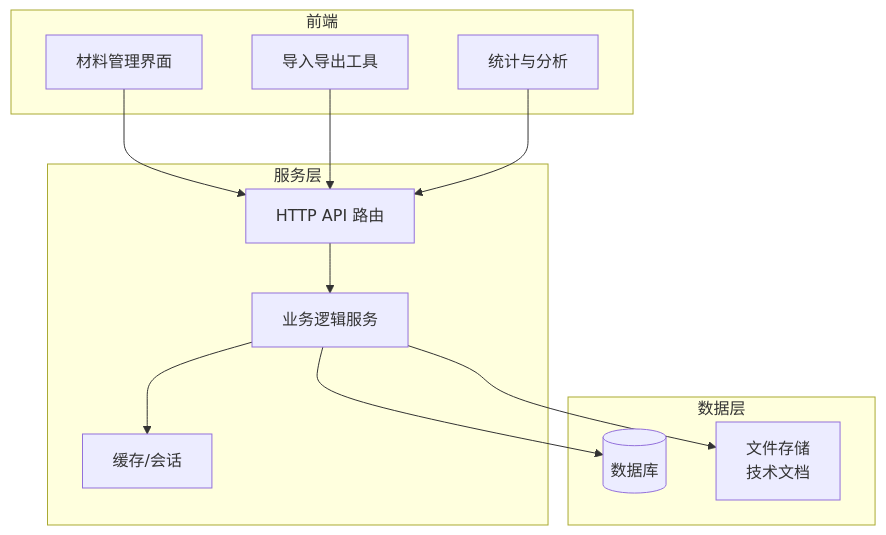
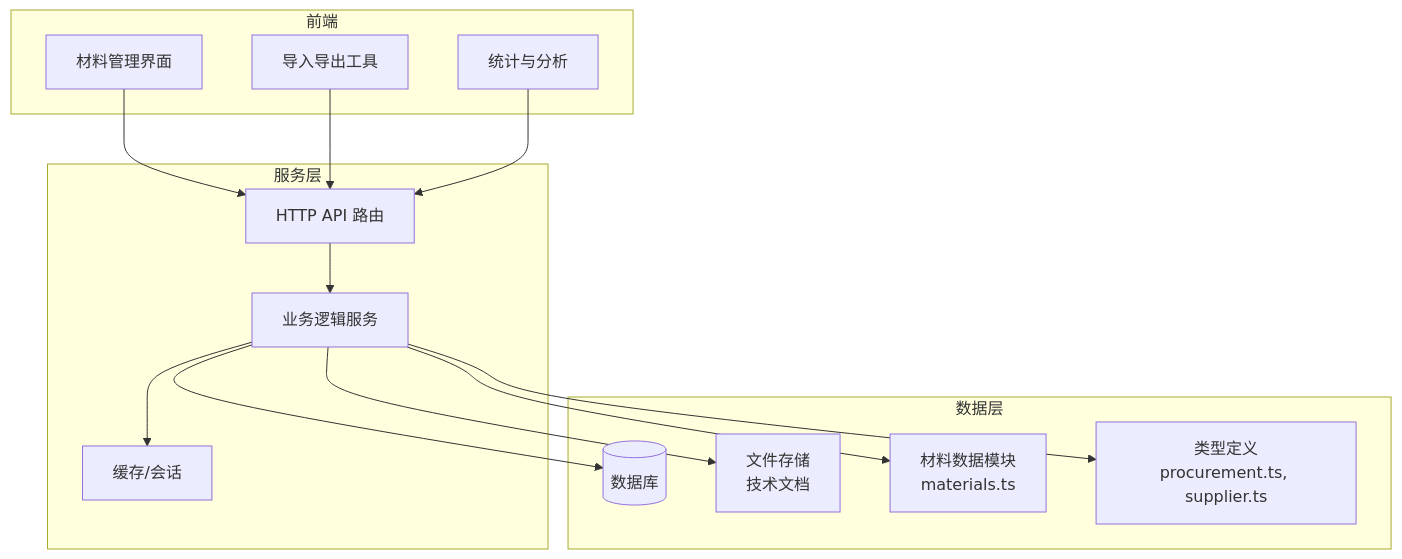
One commit to Hu-Right/supply-os changed the second of 12 diagrams in .qoder/repowiki/zh/content/数据管理/材料数据管理.md. Above: the diagram before and after it, drawn with Mermaid. The commit also changed other lines of this file and 33 other files, not shown here.

````diff
--- a/.qoder/repowiki/zh/content/数据管理/材料数据管理.md
+++ b/.qoder/repowiki/zh/content/数据管理/材料数据管理.md
@@ -117,24 +138,28 @@
 ```mermaid
 graph TB
 subgraph "前端"
 UI["材料管理界面"]
 Import["导入导出工具"]
 Report["统计与分析"]
 end
 subgraph "服务层"
 API["HTTP API 路由"]
 Svc["业务逻辑服务"]
 Cache["缓存/会话"]
 end
 subgraph "数据层"
 DB[(数据库)]
 File["文件存储<br/>技术文档"]
+Materials["材料数据模块<br/>materials.ts"]
+Types["类型定义<br/>procurement.ts, supplier.ts"]
 end
 UI --> API
 Import --> API
 Report --> API
 API --> Svc
+Svc --> Materials
+Svc --> Types
 Svc --> DB
 Svc --> File
 Svc --> Cache
 ```
````
